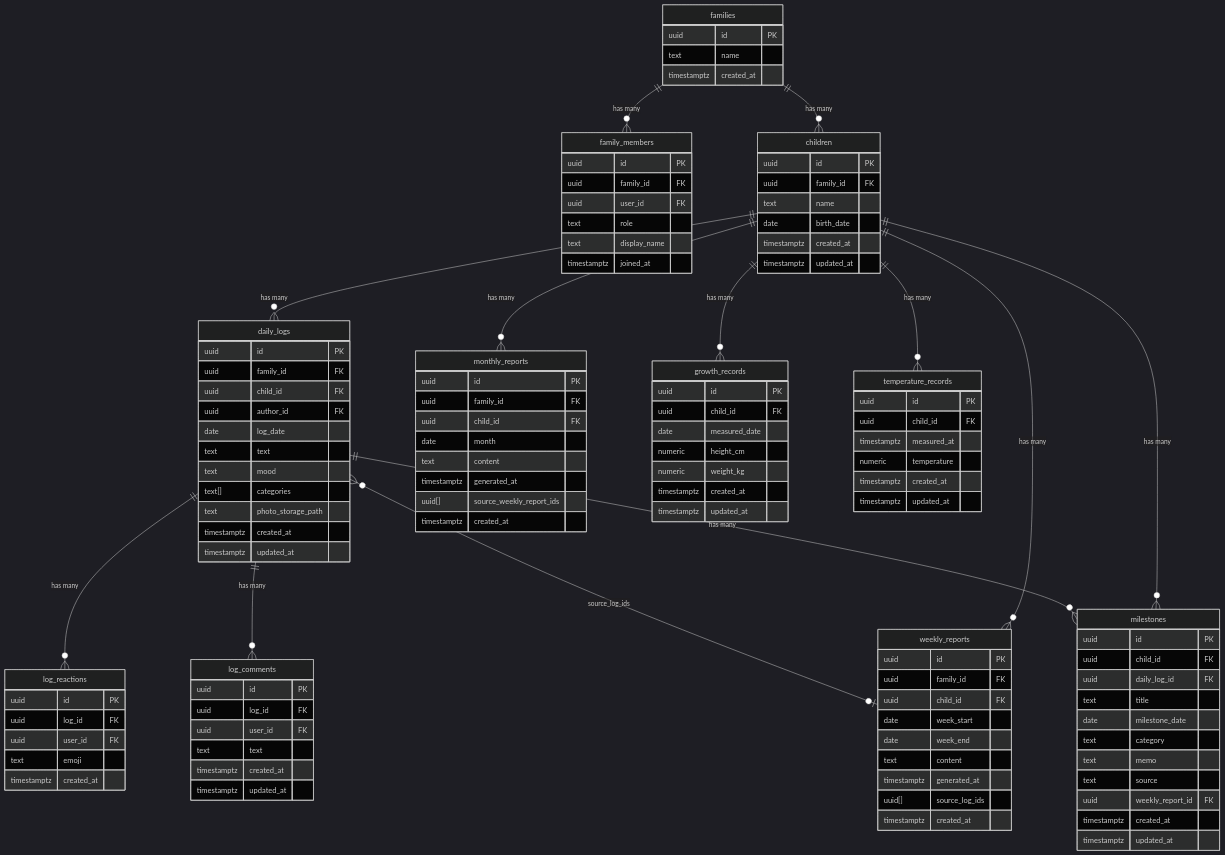
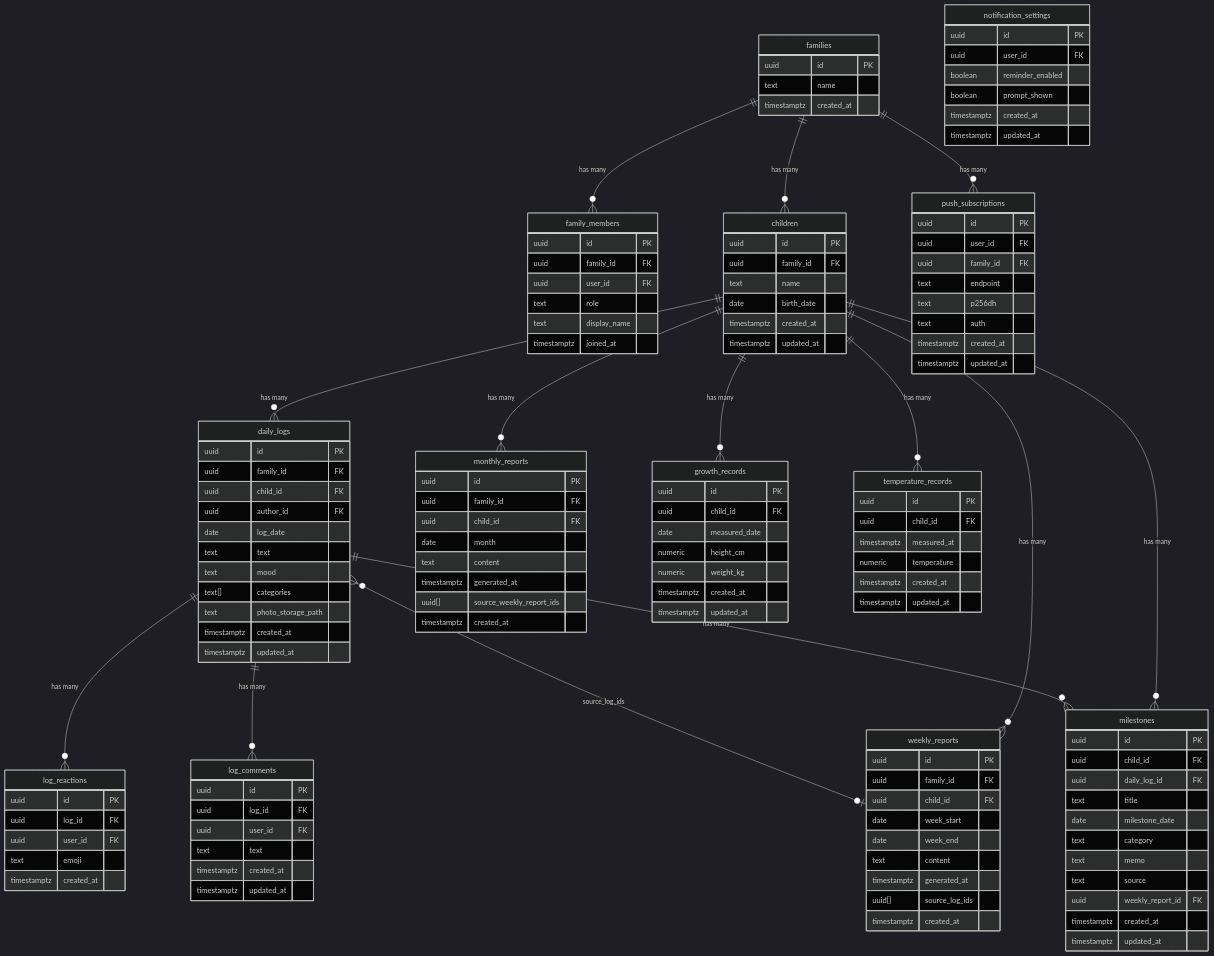
One commit to Hiroaki0117/baby-weekly-letter changed the second of 4 diagrams in docs/functional-design.md. Above: the diagram before and after it, drawn with Mermaid (dark theme). The commit also changed other lines of this file and 18 other files, not shown here.

```diff
--- a/docs/functional-design.md
+++ b/docs/functional-design.md
@@ -45,6 +45,7 @@
     children ||--o{ growth_records : "has many"
     children ||--o{ temperature_records : "has many"
     children ||--o{ milestones : "has many"
+    families ||--o{ push_subscriptions : "has many"
     daily_logs ||--o{ log_reactions : "has many"
     daily_logs ||--o{ log_comments : "has many"
     daily_logs ||--o{ milestones : "has many"
@@ -147,6 +148,26 @@
         timestamptz updated_at
     }
 
+    push_subscriptions {
+        uuid id PK
+        uuid user_id FK
+        uuid family_id FK
+        text endpoint
+        text p256dh
+        text auth
+        timestamptz created_at
+        timestamptz updated_at
+    }
+
+    notification_settings {
+        uuid id PK
+        uuid user_id FK
+        boolean reminder_enabled
+        boolean prompt_shown
+        timestamptz created_at
+        timestamptz updated_at
+    }
+
     milestones {
         uuid id PK
         uuid child_id FK
```
